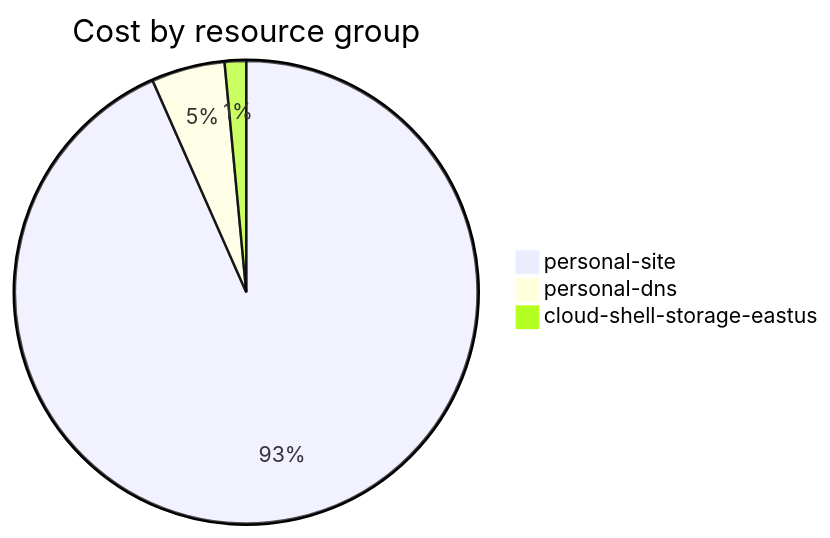
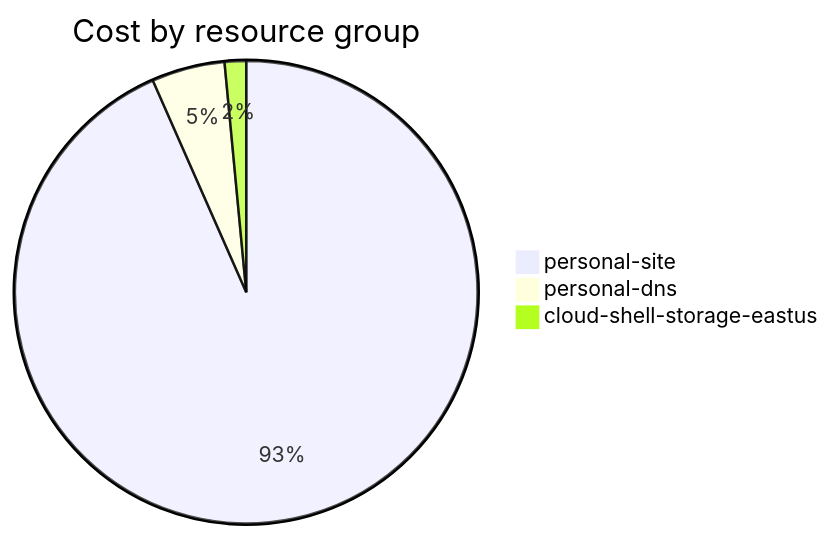
The fourth of 4 diagrams in cost-reports/accumulated-cost.md (jpfulton/azure-personal-reports), drawn with Mermaid before and after one commit. The commit also changed other lines of this file and 4 other files, not shown here.

````diff
--- a/cost-reports/accumulated-cost.md
+++ b/cost-reports/accumulated-cost.md
@@ -143,7 +143,7 @@
 ```mermaid
 pie
    title Cost by resource group
-   "personal-site" : 16.20
-   "personal-dns" : 0.89
-   "cloud-shell-storage-eastus" : 0.26
+   "personal-site" : 16.81
+   "personal-dns" : 0.92
+   "cloud-shell-storage-eastus" : 0.27
 ```
````
